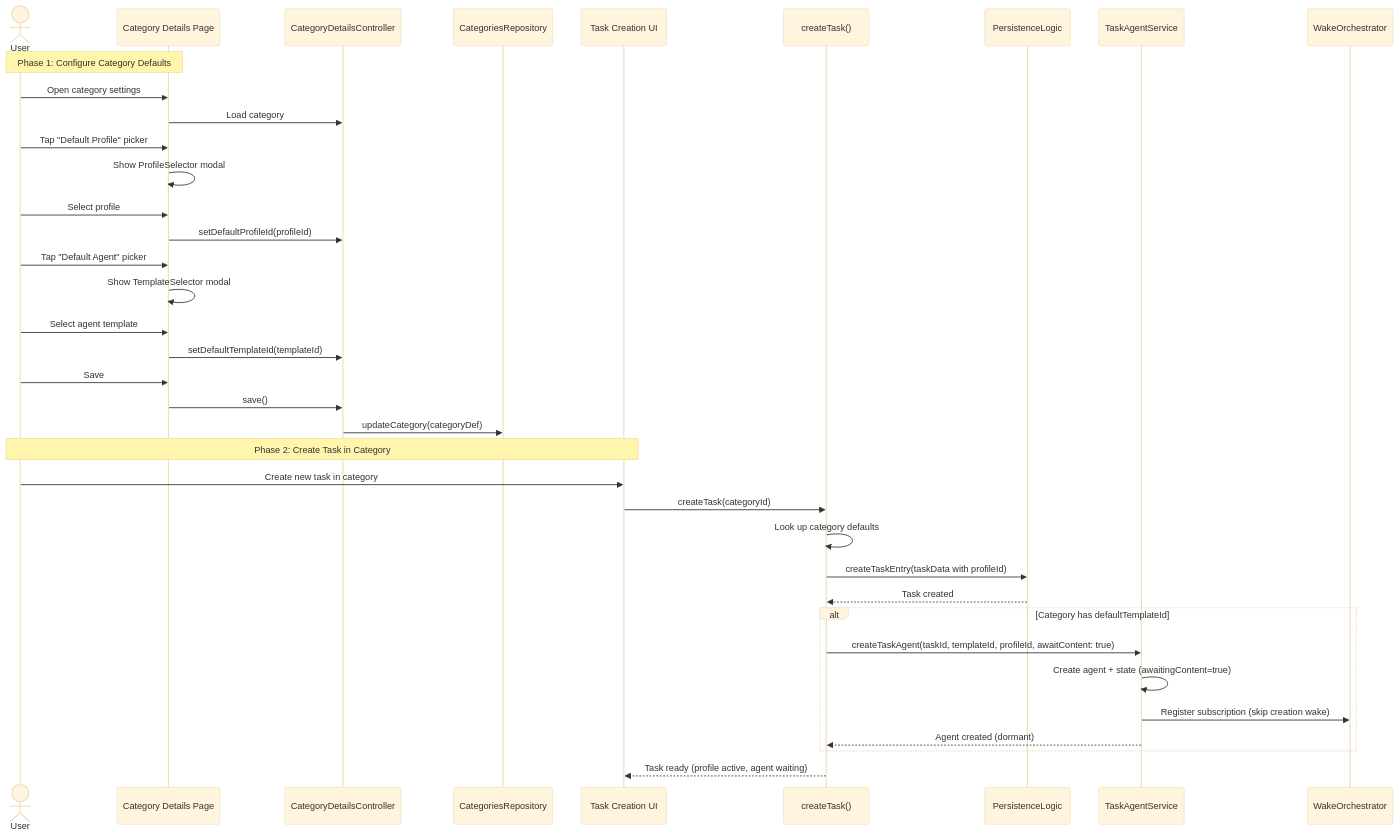
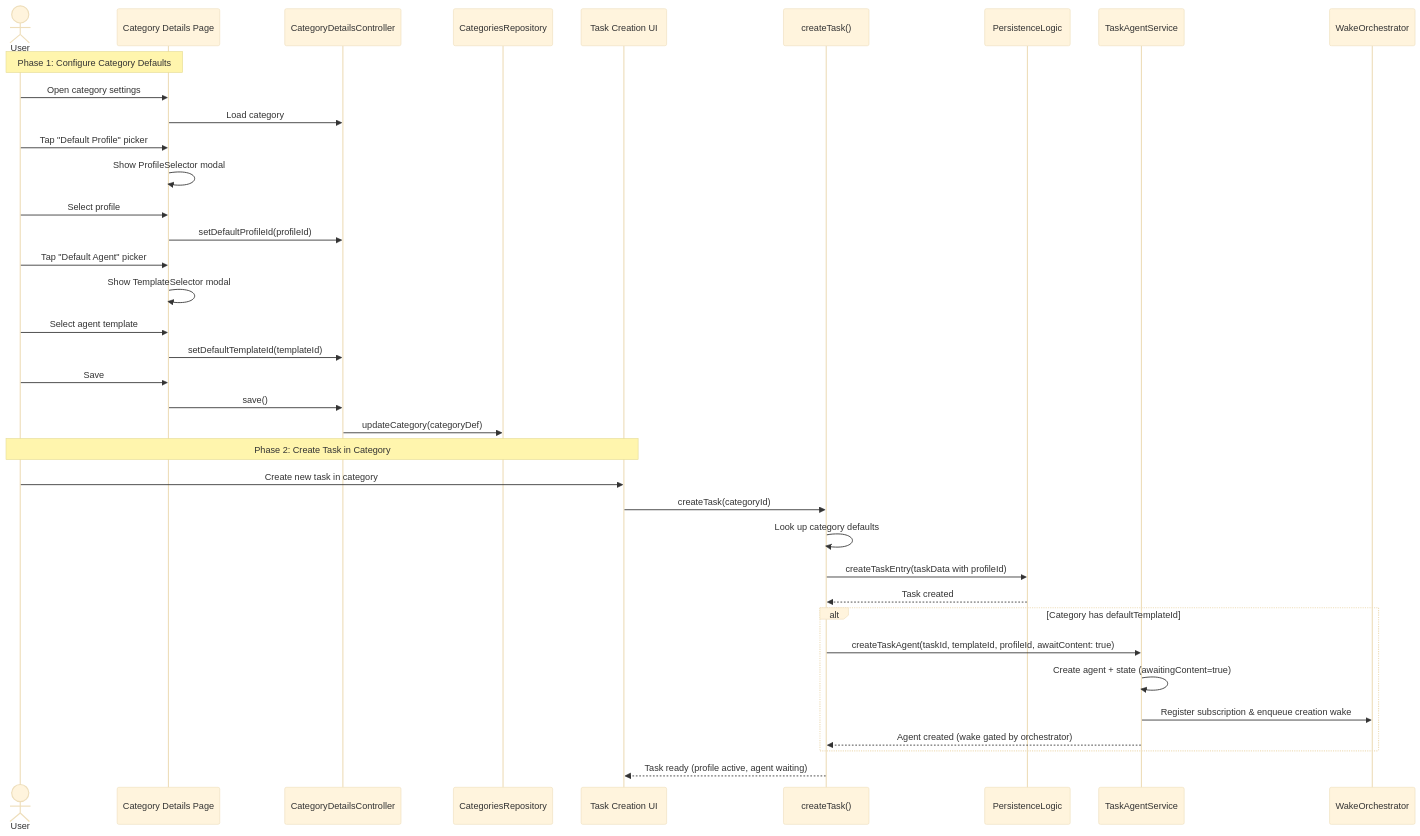
Before and after one commit to matthiasn/lotti: the first of 3 diagrams in docs/implementation_plans/2026-03-15_category_default_profiles_agents.md, drawn with Mermaid (base theme). The commit also changed other lines of this file and 9 other files, not shown here.

````diff
--- a/docs/implementation_plans/2026-03-15_category_default_profiles_agents.md
+++ b/docs/implementation_plans/2026-03-15_category_default_profiles_agents.md
@@ -57,47 +57,47 @@
 ```mermaid
 sequenceDiagram
     actor User
     participant CatUI as Category Details Page
     participant CatCtrl as CategoryDetailsController
     participant CatRepo as CategoriesRepository
     participant TaskUI as Task Creation UI
     participant CreateFn as createTask()
     participant PL as PersistenceLogic
     participant TAS as TaskAgentService
     participant WO as WakeOrchestrator
 
     Note over User,CatUI: Phase 1: Configure Category Defaults
 
     User->>CatUI: Open category settings
     CatUI->>CatCtrl: Load category
     User->>CatUI: Tap "Default Profile" picker
     CatUI->>CatUI: Show ProfileSelector modal
     User->>CatUI: Select profile
     CatUI->>CatCtrl: setDefaultProfileId(profileId)
 
     User->>CatUI: Tap "Default Agent" picker
     CatUI->>CatUI: Show TemplateSelector modal
     User->>CatUI: Select agent template
     CatUI->>CatCtrl: setDefaultTemplateId(templateId)
 
     User->>CatUI: Save
     CatUI->>CatCtrl: save()
     CatCtrl->>CatRepo: updateCategory(categoryDef)
 
     Note over User,TaskUI: Phase 2: Create Task in Category
 
     User->>TaskUI: Create new task in category
     TaskUI->>CreateFn: createTask(categoryId)
     CreateFn->>CreateFn: Look up category defaults
     CreateFn->>PL: createTaskEntry(taskData with profileId)
     PL-->>CreateFn: Task created
 
     alt Category has defaultTemplateId
         CreateFn->>TAS: createTaskAgent(taskId, templateId, profileId, awaitContent: true)
         TAS->>TAS: Create agent + state (awaitingContent=true)
-        TAS->>WO: Register subscription (skip creation wake)
-        TAS-->>CreateFn: Agent created (dormant)
+        TAS->>WO: Register subscription & enqueue creation wake
+        TAS-->>CreateFn: Agent created (wake gated by orchestrator)
     end
 
     CreateFn-->>TaskUI: Task ready (profile active, agent waiting)
 ```
````
